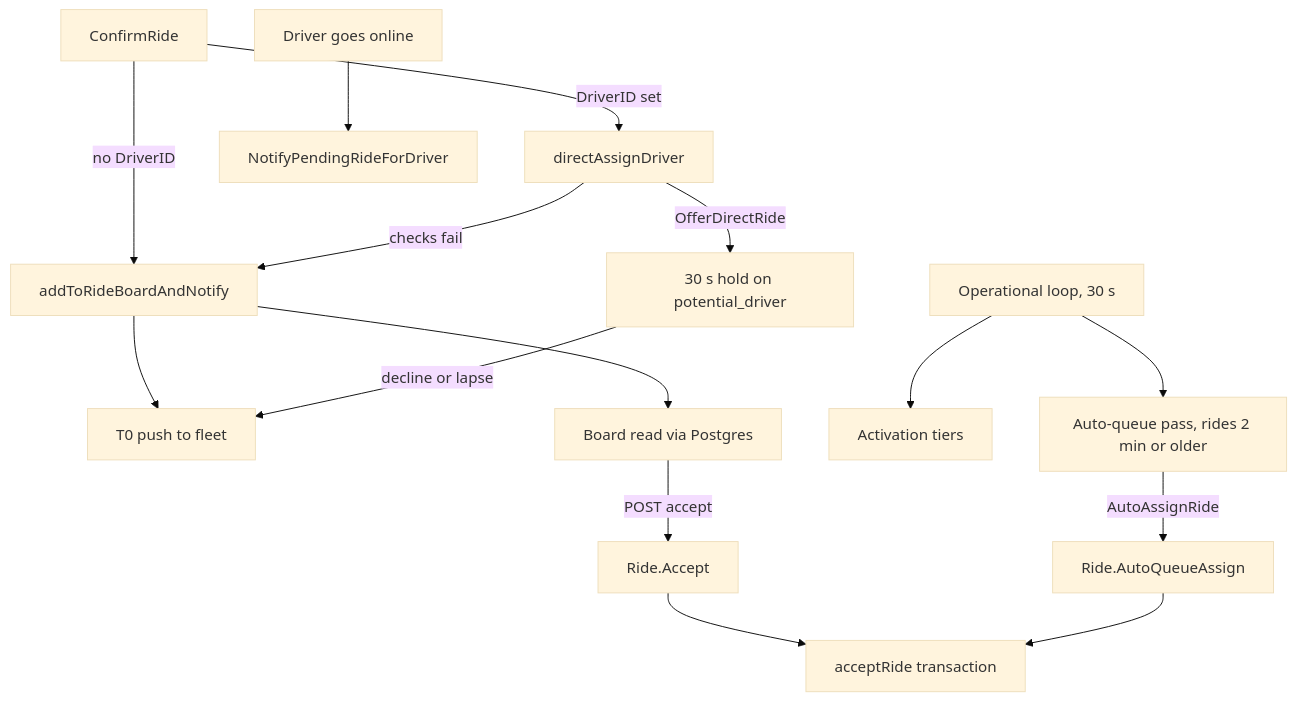
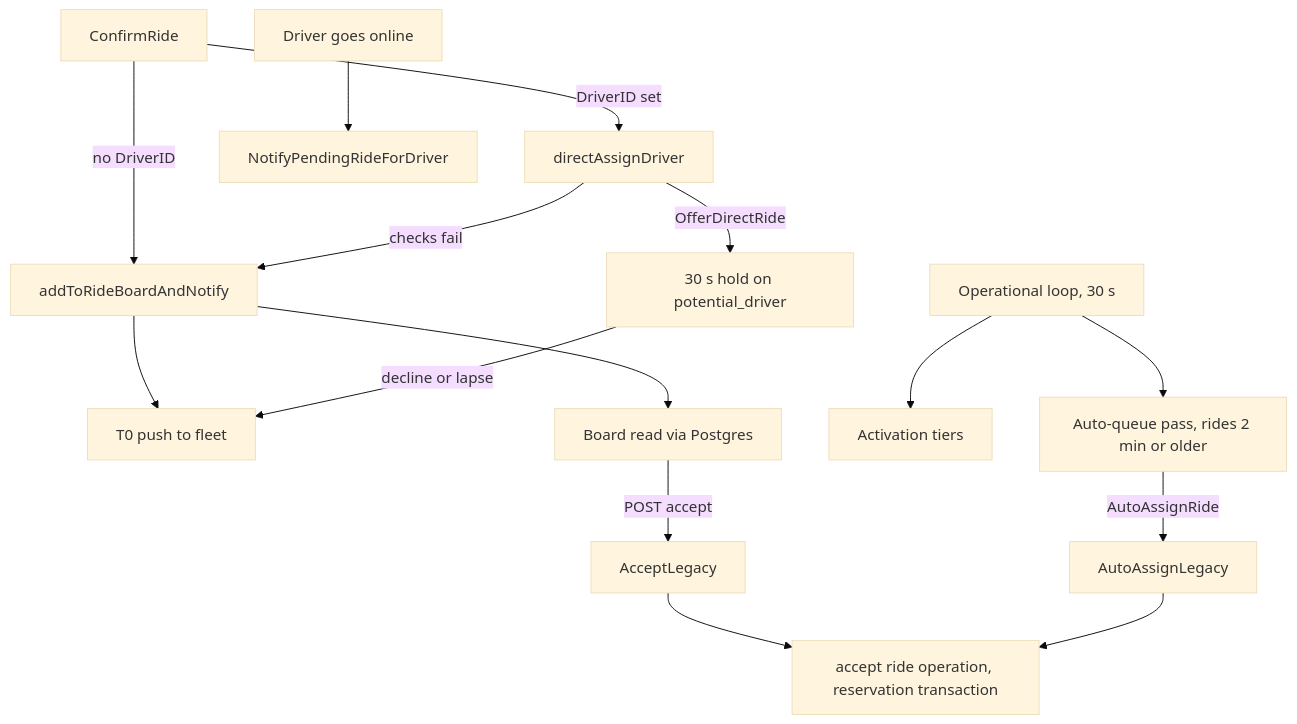
The diagram in engineering/matching/overview.mdx (rideyelo/docs), drawn with Mermaid (base theme) before and after one commit. The commit also changed other lines of this file and 15 other files, not shown here.

````diff
--- a/engineering/matching/overview.mdx
+++ b/engineering/matching/overview.mdx
@@ -41,17 +41,17 @@
 ```mermaid
 flowchart TD
   C[ConfirmRide] -->|DriverID set| D[directAssignDriver]
   C -->|no DriverID| B[addToRideBoardAndNotify]
   D -->|checks fail| B
   D -->|OfferDirectRide| H[30 s hold on potential_driver]
   B --> T0[T0 push to fleet]
   B --> BOARD[Board read via Postgres]
   H -->|decline or lapse| T0
   L[Operational loop, 30 s] --> TIERS[Activation tiers]
   L --> AQ[Auto-queue pass, rides 2 min or older]
   ONLINE[Driver goes online] --> PEND[NotifyPendingRideForDriver]
-  BOARD -->|POST accept| ACC[Ride.Accept]
-  AQ -->|AutoAssignRide| AQA[Ride.AutoQueueAssign]
-  ACC --> TX[acceptRide transaction]
+  BOARD -->|POST accept| ACC[AcceptLegacy]
+  AQ -->|AutoAssignRide| AQA[AutoAssignLegacy]
+  ACC --> TX[accept ride operation, reservation transaction]
   AQA --> TX
 ```
````
